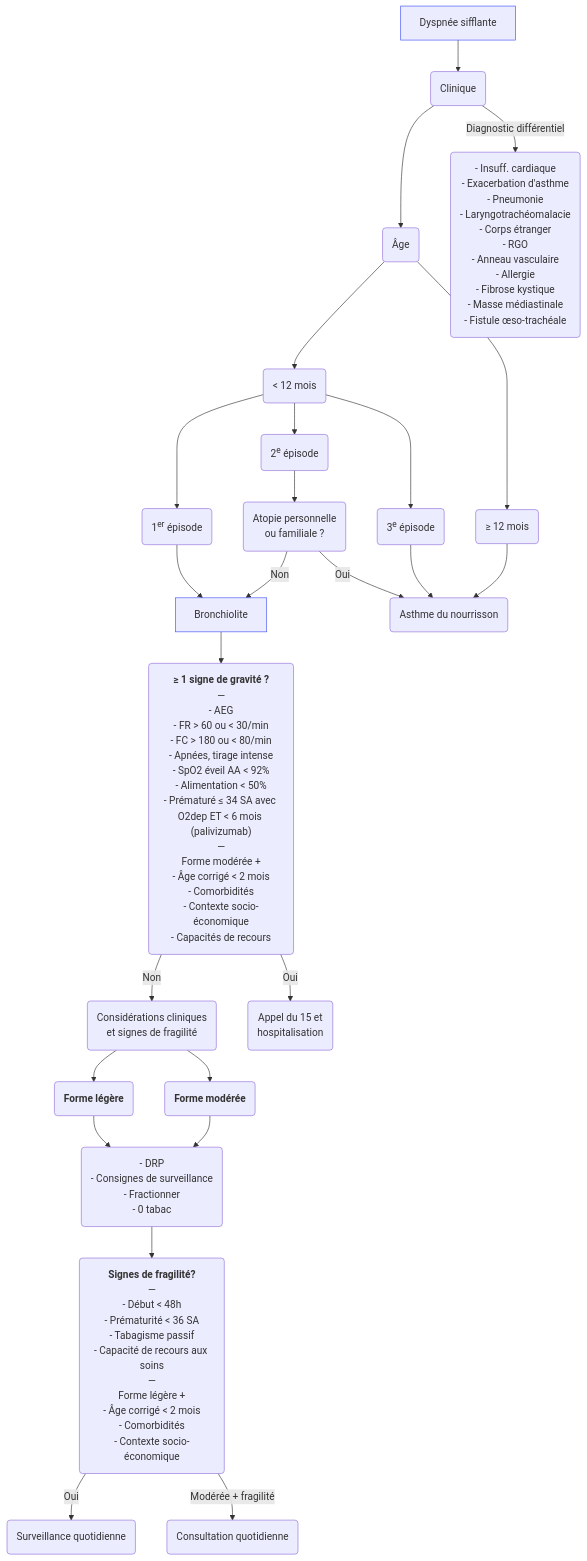
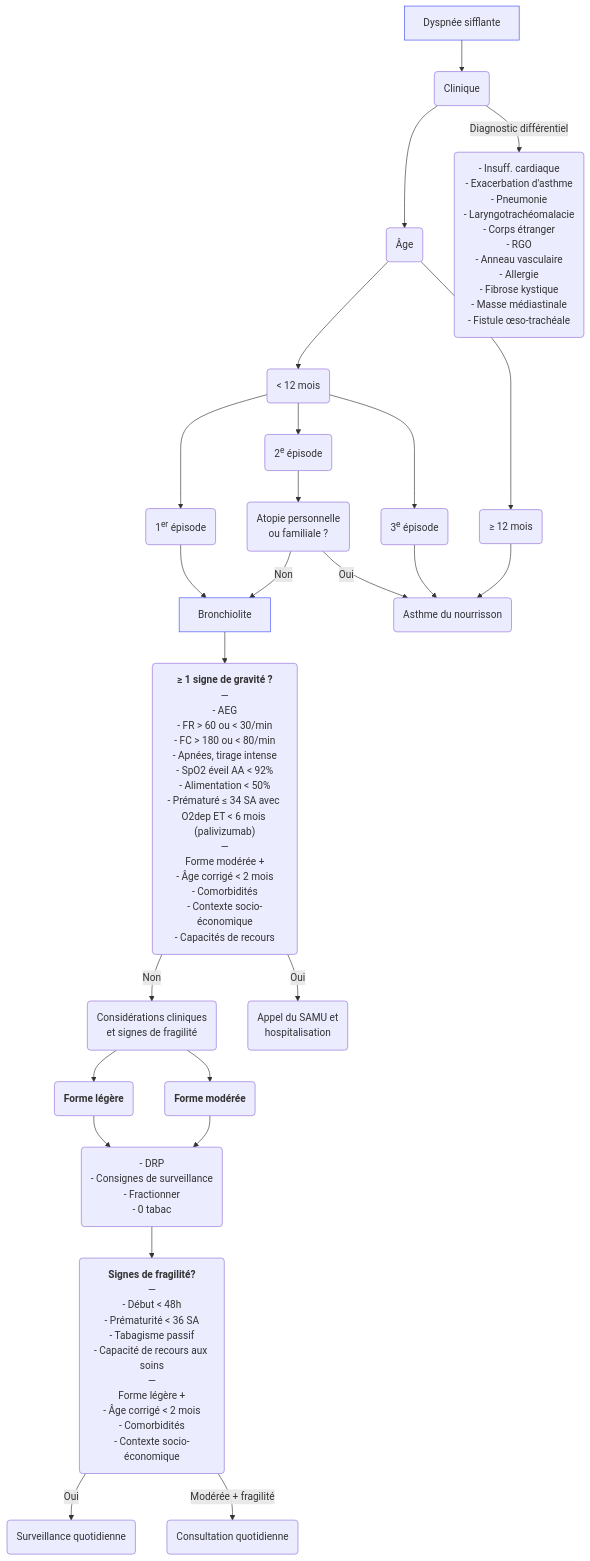
One commit to djibe/recommandations-medicales changed the diagram in content/recommandations/bronchiolite.md. Above: the diagram before and after it, drawn with Mermaid. The commit also changed other lines of this file and 35 other files, not shown here.

```diff
--- a/content/recommandations/bronchiolite.md
+++ b/content/recommandations/bronchiolite.md
@@ -361,24 +361,24 @@
 {{< mermaid title="Prise en charge de la bronchiolite et d'une dyspnée sifflante. Dr JB Fron d'après HAS/CNPP 2019" >}}
 graph TB
   dyspnee[Dyspnée sifflante] --> clinique(Clinique) --> âge(Âge)
     âge --> moins12("&lt; 12 mois")
       moins12 --> 1("1<sup>er</sup> épisode") --> bronchiolite[Bronchiolite]
       style bronchiolite stroke:#4150f5, stroke-width:1px
         bronchiolite --> gravite("<b>≥ 1 signe de gravité ?</b><br>—<br>- AEG<br>- FR &gt; 60 ou &lt; 30/min<br>- FC &gt; 180 ou &lt; 80/min<br>- Apnées, tirage intense<br>- SpO2 éveil AA &lt; 92%<br>- Alimentation &lt; 50%<br>- Prématuré ≤ 34 SA avec O2dep ET &lt; 6 mois (palivizumab)<br>—<br>Forme modérée +<br>- Âge corrigé &lt; 2 mois<br>- Comorbidités<br>- Contexte socio-économique<br>- Capacités de recours")
           gravite -- Non --> impression(Considérations cliniques<br>et signes de fragilité)
             impression --> legere("<b>Forme légère</b>")
               legere --> education("- DRP<br>- Consignes de surveillance<br>- Fractionner<br>- 0 tabac")
                 education --> fragilite("<b>Signes de fragilité?</b><br>—<br>- Début &lt; 48h<br>- Prématurité &lt; 36 SA<br>- Tabagisme passif<br>- Capacité de recours aux soins<br>—<br>Forme légère +<br>- Âge corrigé &lt; 2 mois<br>- Comorbidités<br>- Contexte socio-économique")
                   fragilite -- Oui --> vigilance(Surveillance quotidienne)
                   fragilite -- Modérée + fragilité --> consultation(Consultation quotidienne)
             impression --> moderee("<b>Forme modérée</b>")
               moderee --> education
-          gravite -- Oui --> hospitalisation(Appel du 15 et<br>hospitalisation)
+          gravite -- Oui --> hospitalisation(Appel du SAMU et<br>hospitalisation)
       moins12 --> 2(2<sup>e</sup> épisode) --> atopie(Atopie personnelle<br>ou familiale ?)
         atopie -- Non --> bronchiolite
         atopie -- Oui --> asthme
       moins12 --> 3(3<sup>e</sup> épisode) --> asthme(Asthme du nourrisson)
     âge --> plus12("≥ 12 mois") --> asthme
     clinique -- Diagnostic différentiel --> differentiel("- Insuff. cardiaque<br>- Exacerbation d'asthme<br>- Pneumonie<br>- Laryngotrachéomalacie<br>- Corps étranger<br>- RGO<br>- Anneau vasculaire<br>- Allergie<br>- Fibrose kystique<br>- Masse médiastinale<br>- Fistule œso-trachéale")
     style dyspnee stroke:#4150f5, stroke-width:1px
 {{< /mermaid >}}
```
